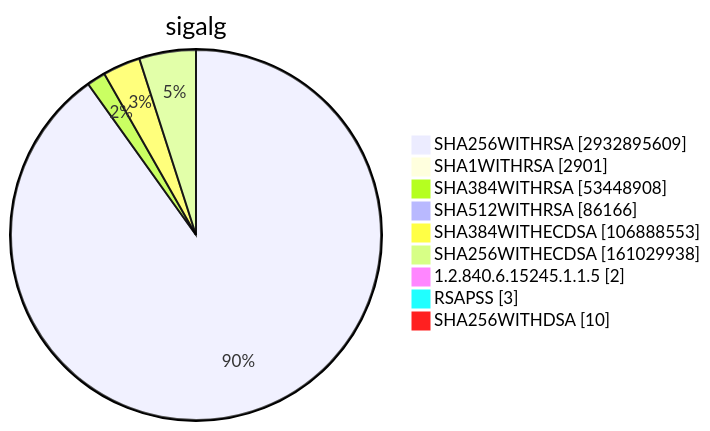
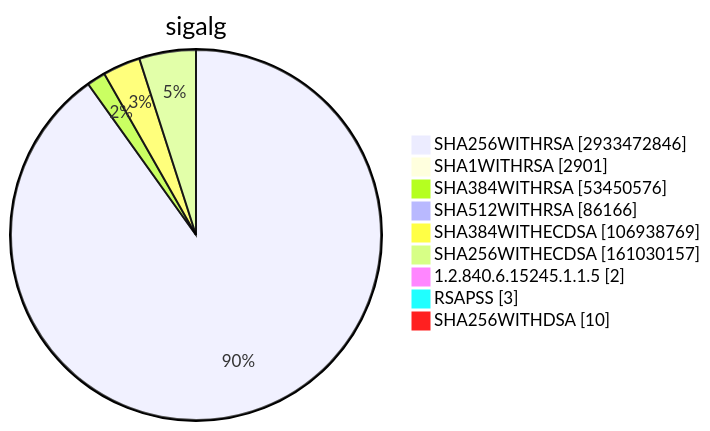
Diagram 15 of 15 in TOTAL/README.md (christiankrug/ctmonitor_visualization), drawn with Mermaid before and after one commit. The commit also changed other lines of this file, not shown here.

````diff
--- a/TOTAL/README.md
+++ b/TOTAL/README.md
@@ -6207,13 +6207,13 @@
 ```mermaid
 pie showData
 title sigalg
-"SHA256WITHRSA" :2932895609
+"SHA256WITHRSA" :2933472846
 "SHA1WITHRSA" :2901
-"SHA384WITHRSA" :53448908
+"SHA384WITHRSA" :53450576
 "SHA512WITHRSA" :86166
-"SHA384WITHECDSA" :106888553
-"SHA256WITHECDSA" :161029938
+"SHA384WITHECDSA" :106938769
+"SHA256WITHECDSA" :161030157
 "1.2.840.6.15245.1.1.5" :2
 "RSAPSS" :3
 "SHA256WITHDSA" :10
 ```
````
